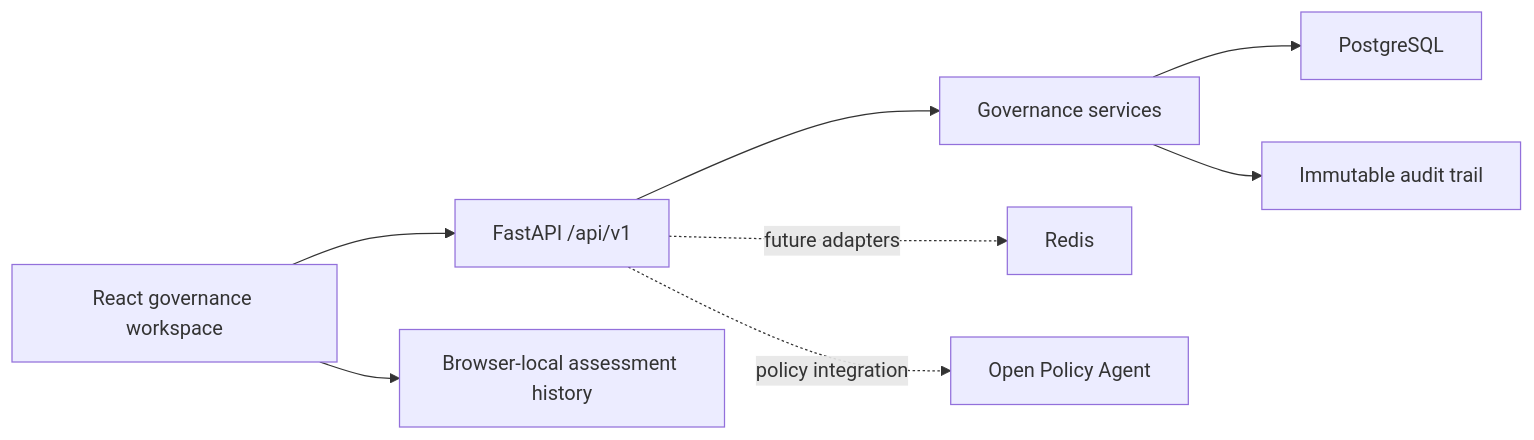
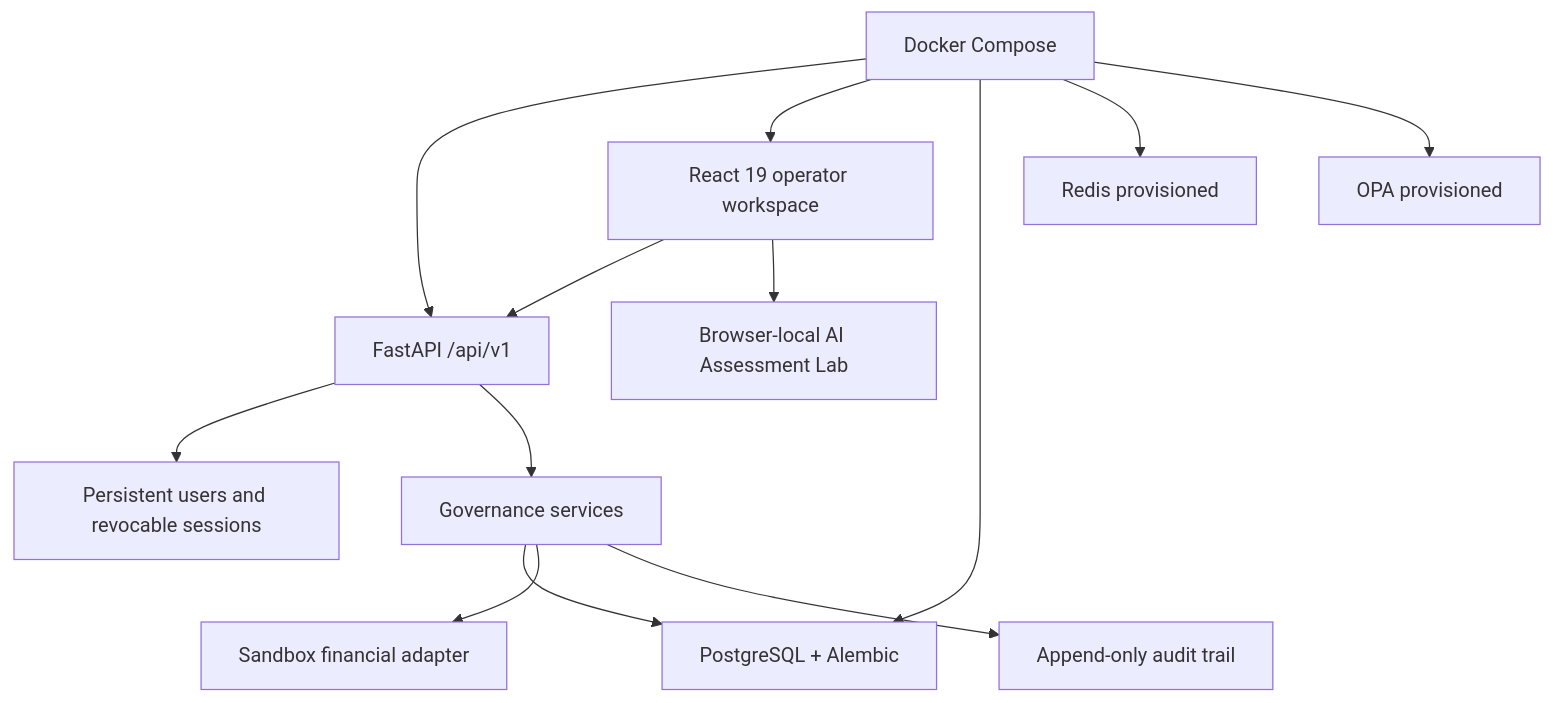
Before and after one commit to bhavukm007/NorseAI: the second of 2 diagrams in README.md, drawn with Mermaid. The commit also changed other lines of this file and 99 other files, not shown here.

First line of the commit message:
feat: implement complete Financial Governance Platform

````diff
--- a/README.md
+++ b/README.md
@@ -37,10 +47,15 @@
 ```mermaid
-flowchart LR
-    UI["React governance workspace"] --> API["FastAPI /api/v1"]
-    UI --> LS["Browser-local assessment history"]
-    API --> GOV["Governance services"]
-    GOV --> DB["PostgreSQL"]
-    GOV --> AUDIT["Immutable audit trail"]
-    API -. future adapters .-> REDIS["Redis"]
-    API -. policy integration .-> OPA["Open Policy Agent"]
+flowchart TB
+    WEB["React 19 operator workspace"] --> API["FastAPI /api/v1"]
+    WEB --> LAB["Browser-local AI Assessment Lab"]
+    API --> AUTH["Persistent users and revocable sessions"]
+    API --> SERVICES["Governance services"]
+    SERVICES --> DB["PostgreSQL + Alembic"]
+    SERVICES --> SANDBOX["Sandbox financial adapter"]
+    SERVICES --> AUDIT["Append-only audit trail"]
+    COMPOSE["Docker Compose"] --> API
+    COMPOSE --> WEB
+    COMPOSE --> DB
+    COMPOSE --> REDIS["Redis provisioned"]
+    COMPOSE --> OPA["OPA provisioned"]
 ```
````
